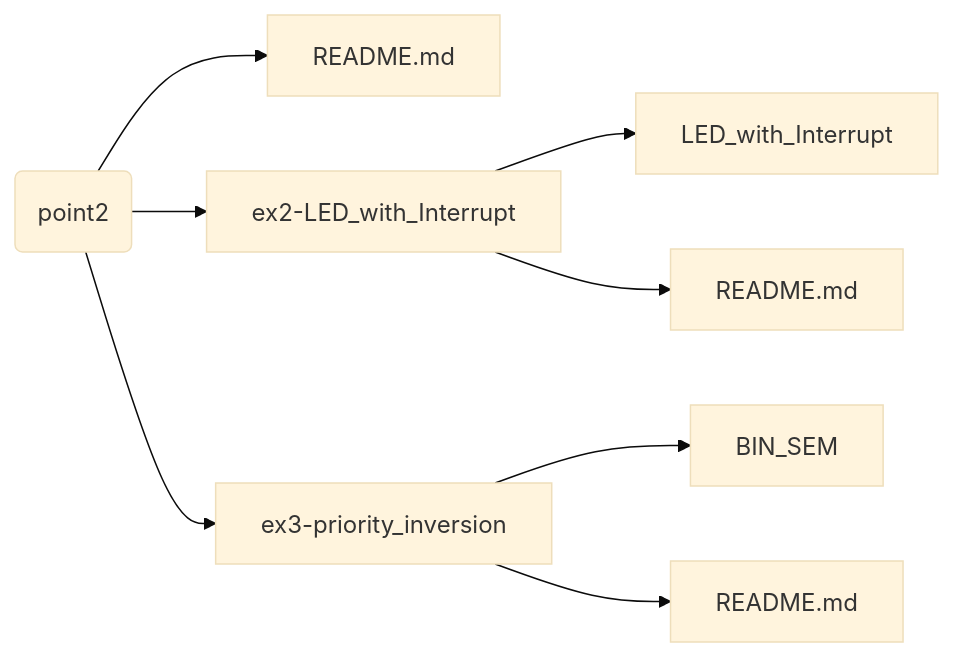
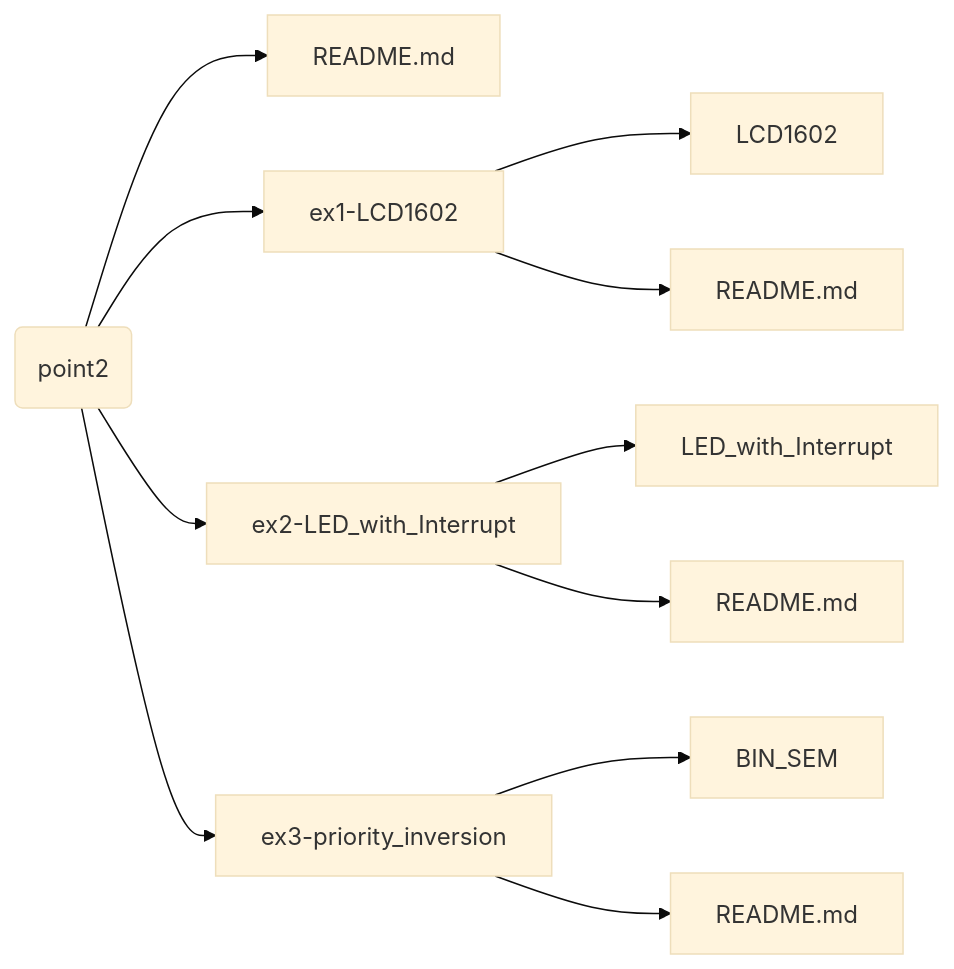
Before and after one commit to smokyisthatyou/STM32Nucleo64: the third of 4 diagrams in README.md, drawn with Mermaid.

````diff
--- a/README.md
+++ b/README.md
@@ -60,20 +60,24 @@
 ```mermaid
 %%{init: {'theme':'base'}}%%
 graph LR;
 A[README.md];
 B[README.md];
 C[README.md];
+D[README.md];
 p2(point2)
 p2-->A;
+p2-->ex1-LCD1602;
 p2-->ex2-LED_with_Interrupt;
 p2-->ex3-priority_inversion;
+ex1-LCD1602-->LCD1602;
+ex1-LCD1602-->D;
 ex2-LED_with_Interrupt-->LED_with_Interrupt;
 ex2-LED_with_Interrupt-->B;
 ex3-priority_inversion-->BIN_SEM;
 ex3-priority_inversion-->C;
 
 click p2 href "https://baltig.polito.it/caos2023/group2/-/tree/point2" "Link to point2";
 
 click README.md href "https://baltig.polito.it/caos2023/group2/-/blob/point2/README.md" "Link to README.md";
 
 ```
````
